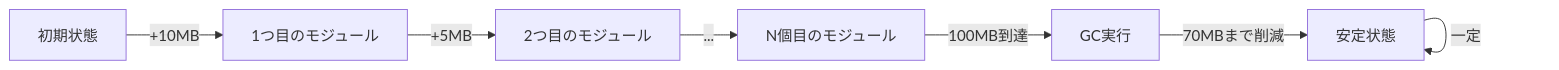
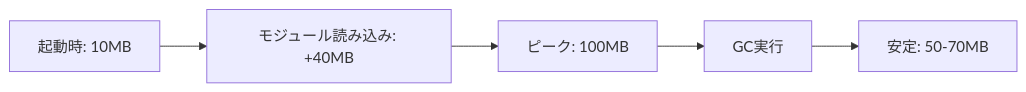
One commit to Stasshe/Pyxis-CodeCanvas changed the ninth of 12 diagrams in docs/NODE-RUNTIME.md. Above: the diagram before and after it, drawn with Mermaid. The commit also changed other lines of this file and 3 other files, not shown here.

````diff
--- a/docs/NODE-RUNTIME.md
+++ b/docs/NODE-RUNTIME.md
@@ -491,16 +588,13 @@
 ```mermaid
 graph LR
-    Init[初期状態]
-    Load1[1つ目のモジュール]
-    Load2[2つ目のモジュール]
-    LoadN[N個目のモジュール]
+    Init[起動時: 10MB]
+    Load[モジュール読み込み: +40MB]
+    Peak[ピーク: 100MB]
     GC[GC実行]
-    Stable[安定状態]
+    Stable[安定: 50-70MB]
     
-    Init -->|+10MB| Load1
-    Load1 -->|+5MB| Load2
-    Load2 -->|...| LoadN
-    LoadN -->|100MB到達| GC
-    GC -->|70MBまで削減| Stable
-    Stable -->|一定| Stable
+    Init --> Load
+    Load --> Peak
+    Peak --> GC
+    GC --> Stable
 ```
````
